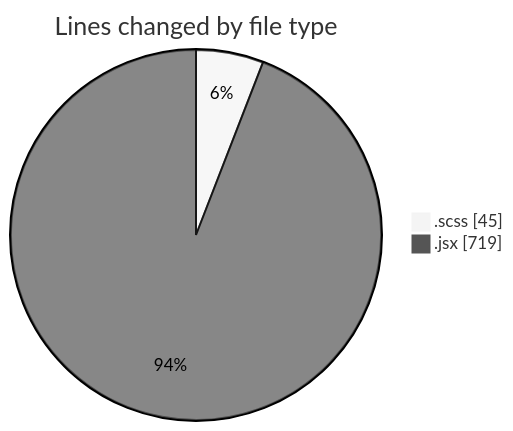
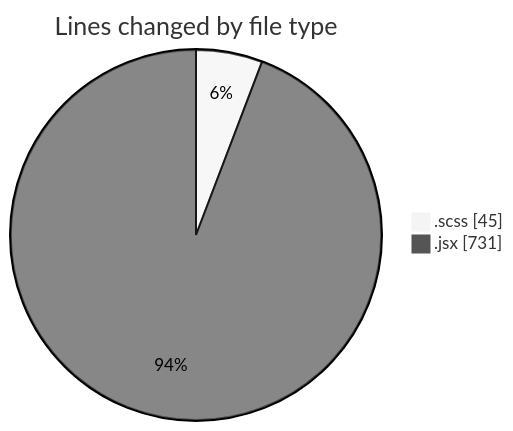
Before and after one commit to momahboobian/code-tracking: the first of 2 diagrams in 2025-06-03/cda/README.md, drawn with Mermaid (neutral theme). The commit also changed other lines of this file and 1 other file, not shown here.

````diff
--- a/2025-06-03/cda/README.md
+++ b/2025-06-03/cda/README.md
@@ -22,6 +22,6 @@
 ```mermaid
 pie showData
 title Lines changed by file type
 ".scss" : 45
-".jsx" : 719
+".jsx" : 731
 ```
````
